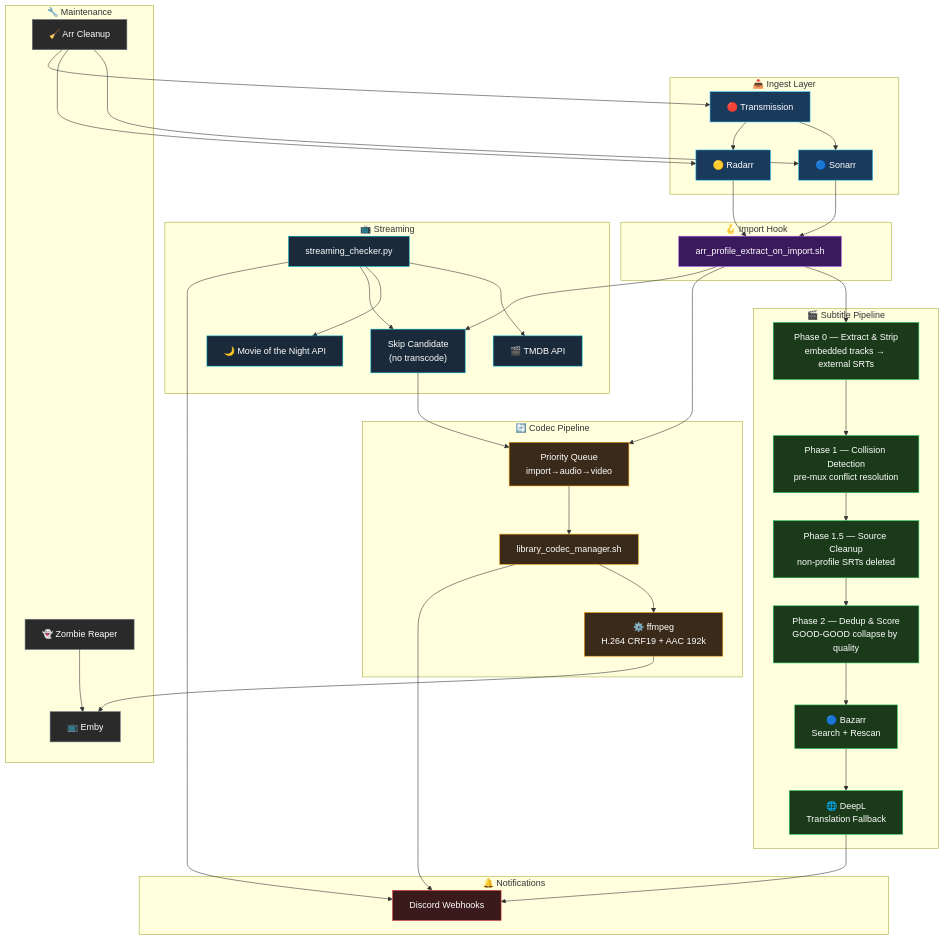
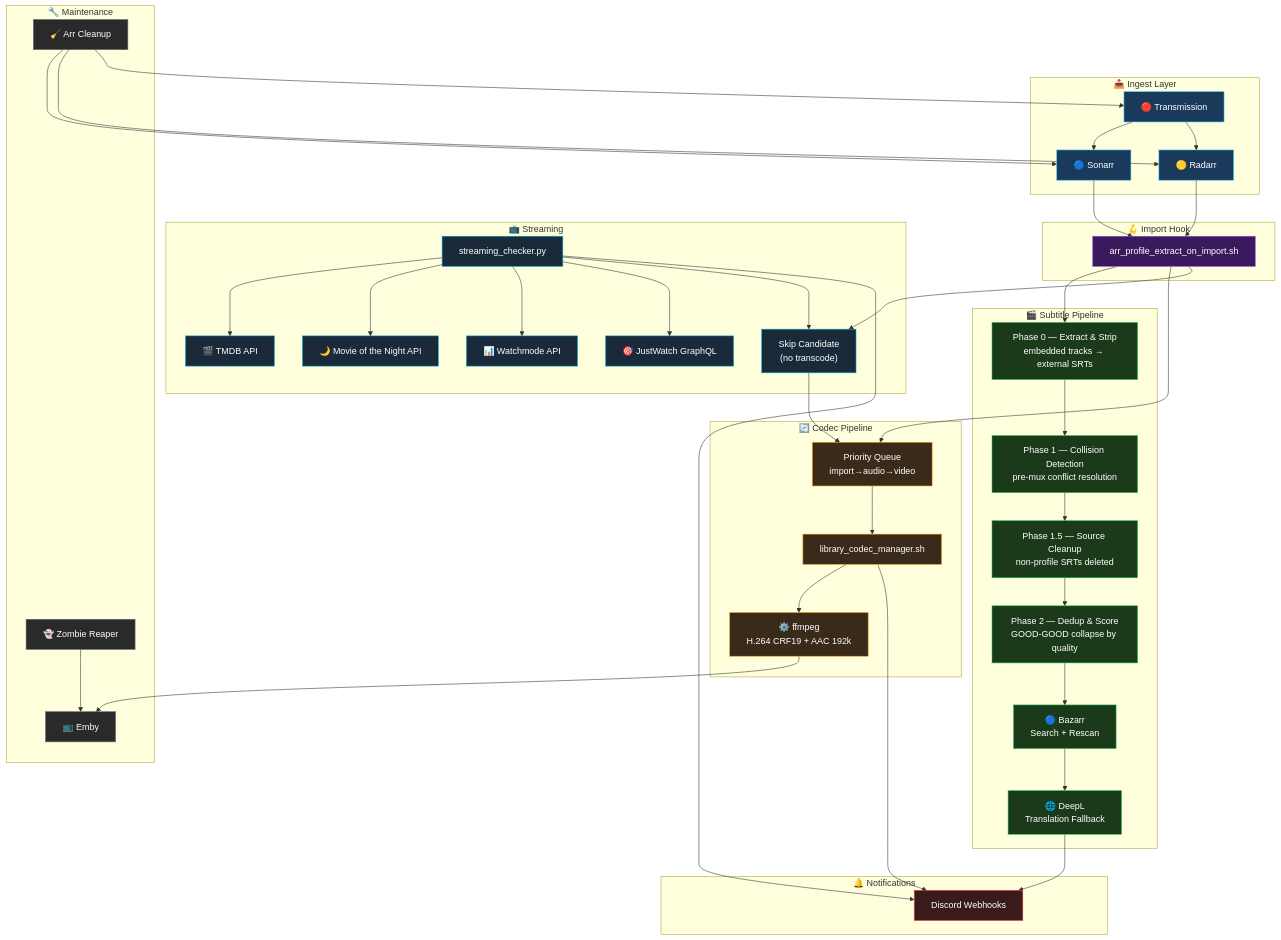
One commit to beregcamlost/arr_configs changed the first of 6 diagrams in README.md. Above: the diagram before and after it, drawn with Mermaid. The commit also changed other lines of this file, not shown here.

First line of the commit message:
docs(readme): update for Crunchyroll + JustWatch 4th voter

````diff
--- a/README.md
+++ b/README.md
@@ -96,6 +96,8 @@
         SC[streaming_checker.py]
         TMDB[🎬 TMDB API]
         MOTN[🌙 Movie of the Night API]
+        WM[📊 Watchmode API]
+        JW[🎯 JustWatch GraphQL]
         SKP["Skip Candidate\n(no transcode)"]
     end
 
@@ -123,6 +125,8 @@
     BZ --> DL
     SC --> TMDB
     SC --> MOTN
+    SC --> WM
+    SC --> JW
     SC --> SKP
     SKP --> CQ
     CQ --> CM
@@ -148,7 +152,7 @@
     class WH hook
     class PH0,PH1,PH15,PH2,BZ,DL subtitle
     class CQ,CM,FF codec
-    class SC,TMDB,MOTN,SKP stream
+    class SC,TMDB,MOTN,WM,JW,SKP stream
     class DC notify
     class ZR,AC,EM maint
 ```
````
